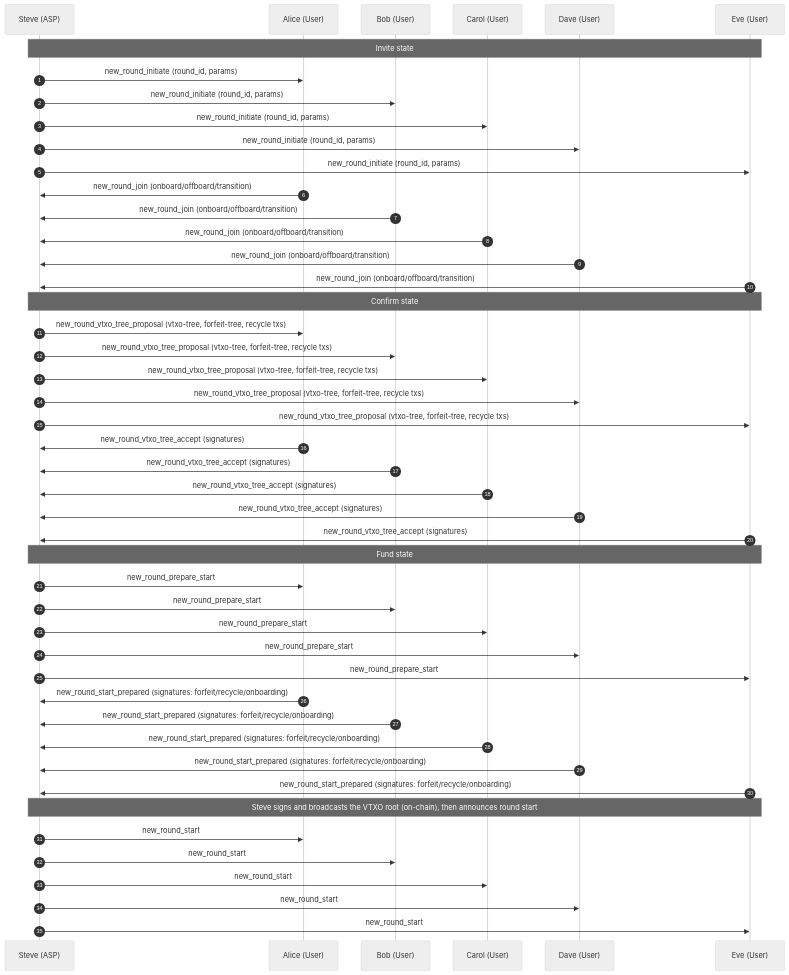
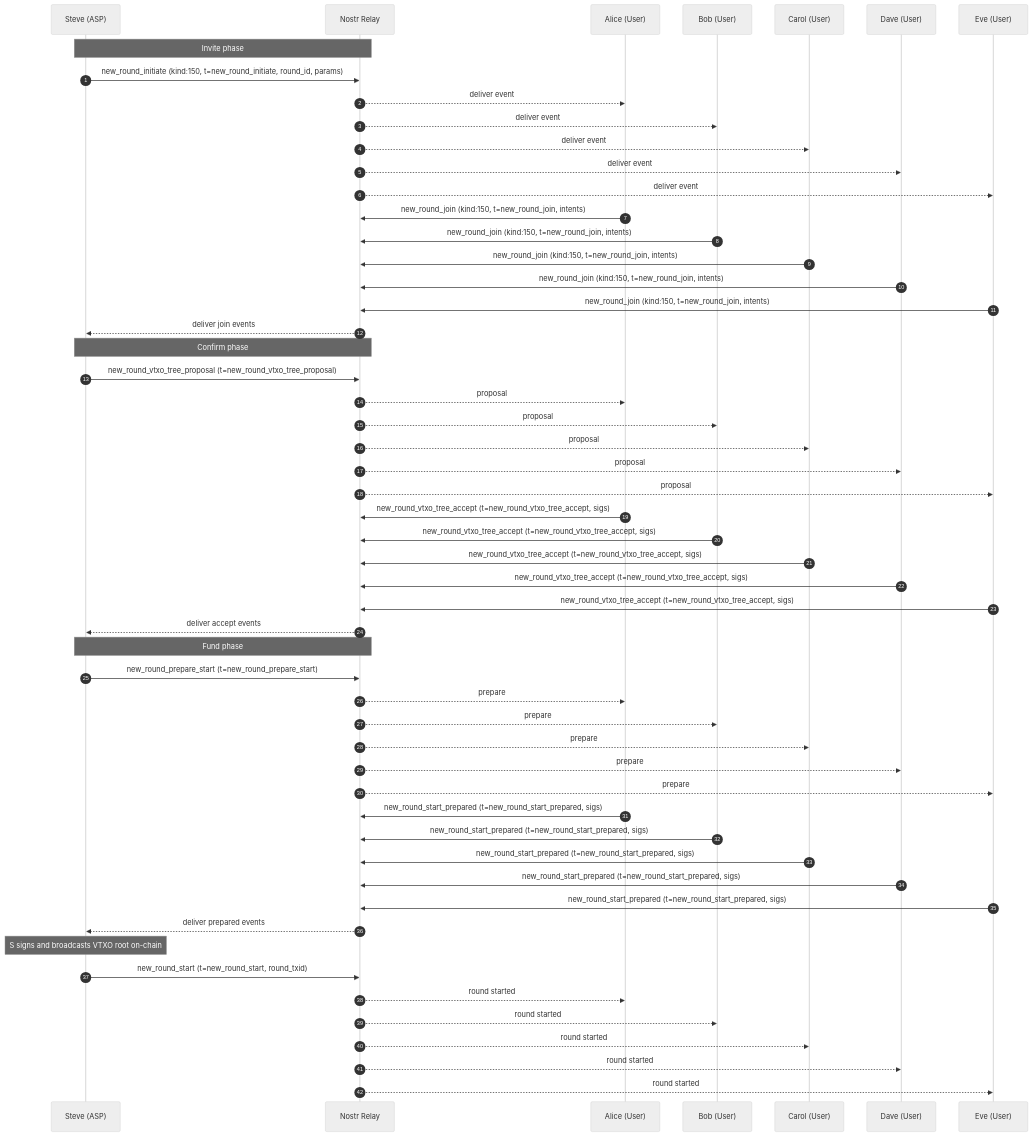
One commit to OpenARK-Organisation/openark changed the diagram in examples/example-1.0-create-first-vtxo-tree.md. Above: the diagram before and after it, drawn with Mermaid (neutral theme).

Commit message:
docs(example-1.0): model multicast via single Nostr relay

````diff
--- a/examples/example-1.0-create-first-vtxo-tree.md
+++ b/examples/example-1.0-create-first-vtxo-tree.md
@@ -16,56 +16,64 @@
 ```mermaid
 sequenceDiagram
     autonumber
-    participant Steve as Steve (ASP)
-    participant Alice as Alice (User)
-    participant Bob as Bob (User)
-    participant Carol as Carol (User)
-    participant Dave as Dave (User)
-    participant Eve as Eve (User)
+    participant S as Steve (ASP)
+    participant R as Nostr Relay
+    participant A as Alice (User)
+    participant B as Bob (User)
+    participant C as Carol (User)
+    participant D as Dave (User)
+    participant E as Eve (User)
 
-    Note over Steve,Eve: Invite state
-    Steve->>Alice: new_round_initiate (round_id, params)
-    Steve->>Bob: new_round_initiate (round_id, params)
-    Steve->>Carol: new_round_initiate (round_id, params)
-    Steve->>Dave: new_round_initiate (round_id, params)
-    Steve->>Eve: new_round_initiate (round_id, params)
+    Note over S,R: Invite phase
+    S->>R: new_round_initiate (kind:150, t=new_round_initiate, round_id, params)
+    R-->>A: deliver event
+    R-->>B: deliver event
+    R-->>C: deliver event
+    R-->>D: deliver event
+    R-->>E: deliver event
 
-    Alice->>Steve: new_round_join (onboard/offboard/transition)
-    Bob->>Steve: new_round_join (onboard/offboard/transition)
-    Carol->>Steve: new_round_join (onboard/offboard/transition)
-    Dave->>Steve: new_round_join (onboard/offboard/transition)
-    Eve->>Steve: new_round_join (onboard/offboard/transition)
+    A->>R: new_round_join (kind:150, t=new_round_join, intents)
+    B->>R: new_round_join (kind:150, t=new_round_join, intents)
+    C->>R: new_round_join (kind:150, t=new_round_join, intents)
+    D->>R: new_round_join (kind:150, t=new_round_join, intents)
+    E->>R: new_round_join (kind:150, t=new_round_join, intents)
+    R-->>S: deliver join events
 
-    Note over Steve,Eve: Confirm state
-    Steve->>Alice: new_round_vtxo_tree_proposal (vtxo-tree, forfeit-tree, recycle txs)
-    Steve->>Bob: new_round_vtxo_tree_proposal (vtxo-tree, forfeit-tree, recycle txs)
-    Steve->>Carol: new_round_vtxo_tree_proposal (vtxo-tree, forfeit-tree, recycle txs)
-    Steve->>Dave: new_round_vtxo_tree_proposal (vtxo-tree, forfeit-tree, recycle txs)
-    Steve->>Eve: new_round_vtxo_tree_proposal (vtxo-tree, forfeit-tree, recycle txs)
+    Note over S,R: Confirm phase
+    S->>R: new_round_vtxo_tree_proposal (t=new_round_vtxo_tree_proposal)
+    R-->>A: proposal
+    R-->>B: proposal
+    R-->>C: proposal
+    R-->>D: proposal
+    R-->>E: proposal
 
-    Alice->>Steve: new_round_vtxo_tree_accept (signatures)
-    Bob->>Steve: new_round_vtxo_tree_accept (signatures)
-    Carol->>Steve: new_round_vtxo_tree_accept (signatures)
-    Dave->>Steve: new_round_vtxo_tree_accept (signatures)
-    Eve->>Steve: new_round_vtxo_tree_accept (signatures)
+    A->>R: new_round_vtxo_tree_accept (t=new_round_vtxo_tree_accept, sigs)
+    B->>R: new_round_vtxo_tree_accept (t=new_round_vtxo_tree_accept, sigs)
+    C->>R: new_round_vtxo_tree_accept (t=new_round_vtxo_tree_accept, sigs)
+    D->>R: new_round_vtxo_tree_accept (t=new_round_vtxo_tree_accept, sigs)
+    E->>R: new_round_vtxo_tree_accept (t=new_round_vtxo_tree_accept, sigs)
+    R-->>S: deliver accept events
 
-    Note over Steve,Eve: Fund state
-    Steve->>Alice: new_round_prepare_start
-    Steve->>Bob: new_round_prepare_start
-    Steve->>Carol: new_round_prepare_start
-    Steve->>Dave: new_round_prepare_start
-    Steve->>Eve: new_round_prepare_start
+    Note over S,R: Fund phase
+    S->>R: new_round_prepare_start (t=new_round_prepare_start)
+    R-->>A: prepare
+    R-->>B: prepare
+    R-->>C: prepare
+    R-->>D: prepare
+    R-->>E: prepare
 
-    Alice->>Steve: new_round_start_prepared (signatures: forfeit/recycle/onboarding)
-    Bob->>Steve: new_round_start_prepared (signatures: forfeit/recycle/onboarding)
-    Carol->>Steve: new_round_start_prepared (signatures: forfeit/recycle/onboarding)
-    Dave->>Steve: new_round_start_prepared (signatures: forfeit/recycle/onboarding)
-    Eve->>Steve: new_round_start_prepared (signatures: forfeit/recycle/onboarding)
+    A->>R: new_round_start_prepared (t=new_round_start_prepared, sigs)
+    B->>R: new_round_start_prepared (t=new_round_start_prepared, sigs)
+    C->>R: new_round_start_prepared (t=new_round_start_prepared, sigs)
+    D->>R: new_round_start_prepared (t=new_round_start_prepared, sigs)
+    E->>R: new_round_start_prepared (t=new_round_start_prepared, sigs)
+    R-->>S: deliver prepared events
 
-    Note over Steve,Eve: Steve signs and broadcasts the VTXO root (on-chain), then announces round start
-    Steve->>Alice: new_round_start
-    Steve->>Bob: new_round_start
-    Steve->>Carol: new_round_start
-    Steve->>Dave: new_round_start
-    Steve->>Eve: new_round_start
+    Note over S: S signs and broadcasts VTXO root on-chain
+    S->>R: new_round_start (t=new_round_start, round_txid)
+    R-->>A: round started
+    R-->>B: round started
+    R-->>C: round started
+    R-->>D: round started
+    R-->>E: round started
 ```
````
